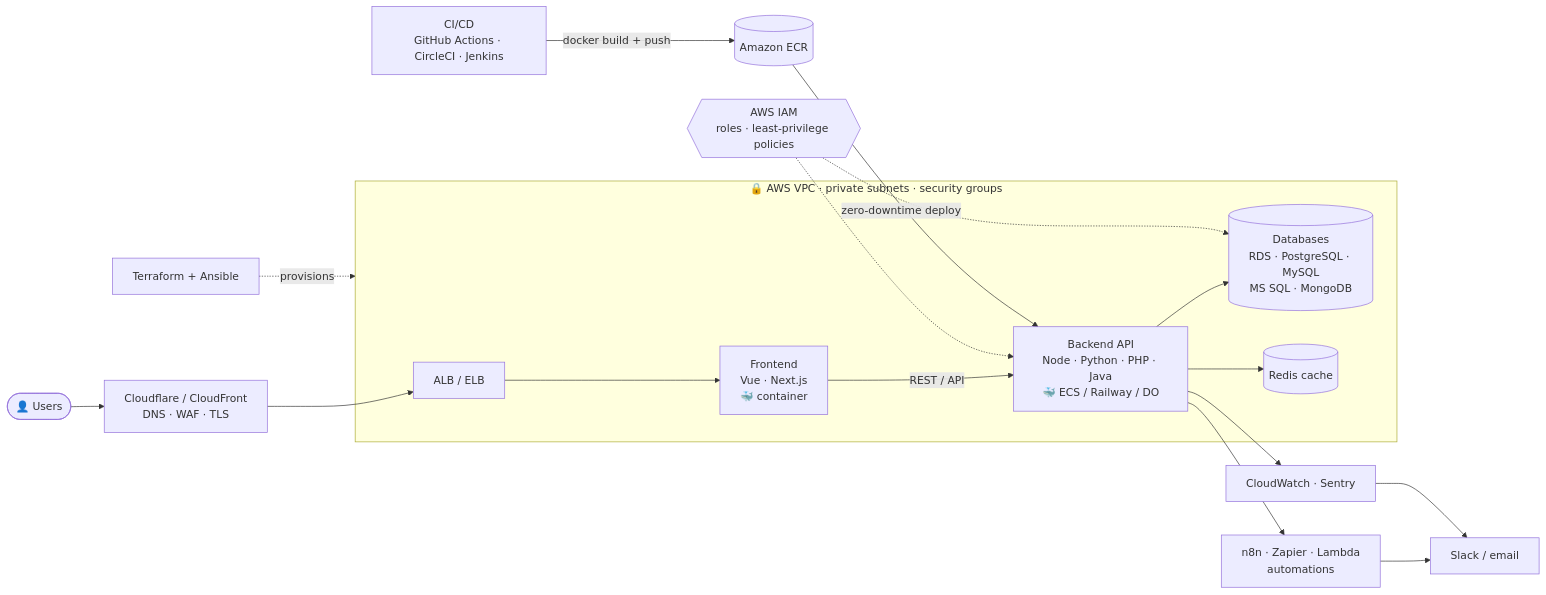
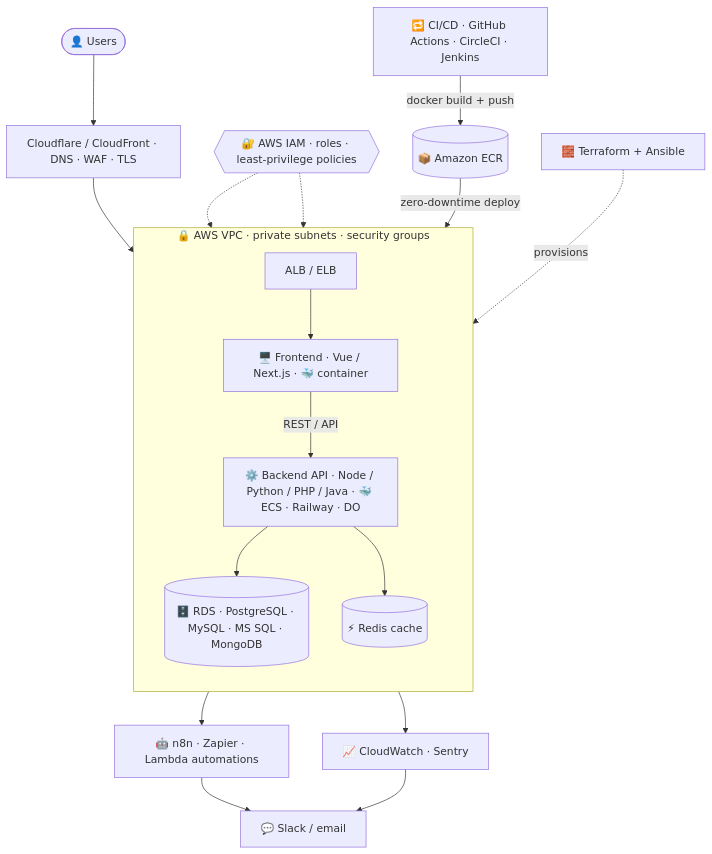
Before and after one commit to GauravBarakoti/GauravBarakoti: the diagram in README.md, drawn with Mermaid.

Commit message:
Make architecture diagram top-down for better readability

````diff
--- a/README.md
+++ b/README.md
@@ -34,19 +34,21 @@
 ```mermaid
-flowchart LR
-    U([👤 Users]) --> CDN[Cloudflare / CloudFront<br/>DNS · WAF · TLS]
+flowchart TB
+    U([👤 Users]) --> CDN[Cloudflare / CloudFront · DNS · WAF · TLS]
     CDN --> LB[ALB / ELB]
     subgraph VPC["🔒 AWS VPC · private subnets · security groups"]
-        LB --> FE[Frontend<br/>Vue · Next.js<br/>🐳 container]
-        FE -->|REST / API| BE[Backend API<br/>Node · Python · PHP · Java<br/>🐳 ECS / Railway / DO]
-        BE --> DB[(Databases<br/>RDS · PostgreSQL · MySQL<br/>MS SQL · MongoDB)]
-        BE --> R[(Redis cache)]
+        direction TB
+        LB --> FE[🖥️ Frontend · Vue / Next.js · 🐳 container]
+        FE -->|REST / API| BE[⚙️ Backend API · Node / Python / PHP / Java · 🐳 ECS · Railway · DO]
+        BE --> DB[(🗄️ RDS · PostgreSQL · MySQL · MS SQL · MongoDB)]
+        BE --> R[(⚡ Redis cache)]
     end
-    IAM{{AWS IAM<br/>roles · least-privilege policies}} -.-> BE
+    IAM{{🔐 AWS IAM · roles · least-privilege policies}} -.-> BE
     IAM -.-> DB
-    CI[CI/CD<br/>GitHub Actions · CircleCI · Jenkins] -->|docker build + push| ECR[(Amazon ECR)]
+    CI[🔁 CI/CD · GitHub Actions · CircleCI · Jenkins] -->|docker build + push| ECR[(📦 Amazon ECR)]
     ECR -->|zero-downtime deploy| BE
-    TF[Terraform + Ansible] -.->|provisions| VPC
-    BE --> AUTO[n8n · Zapier · Lambda<br/>automations]
-    AUTO --> SL[Slack / email]
-    BE --> MON[CloudWatch · Sentry] --> SL
+    TF[🧱 Terraform + Ansible] -.->|provisions| VPC
+    BE --> AUTO[🤖 n8n · Zapier · Lambda automations]
+    BE --> MON[📈 CloudWatch · Sentry]
+    AUTO --> SL[💬 Slack / email]
+    MON --> SL
 ```
````
